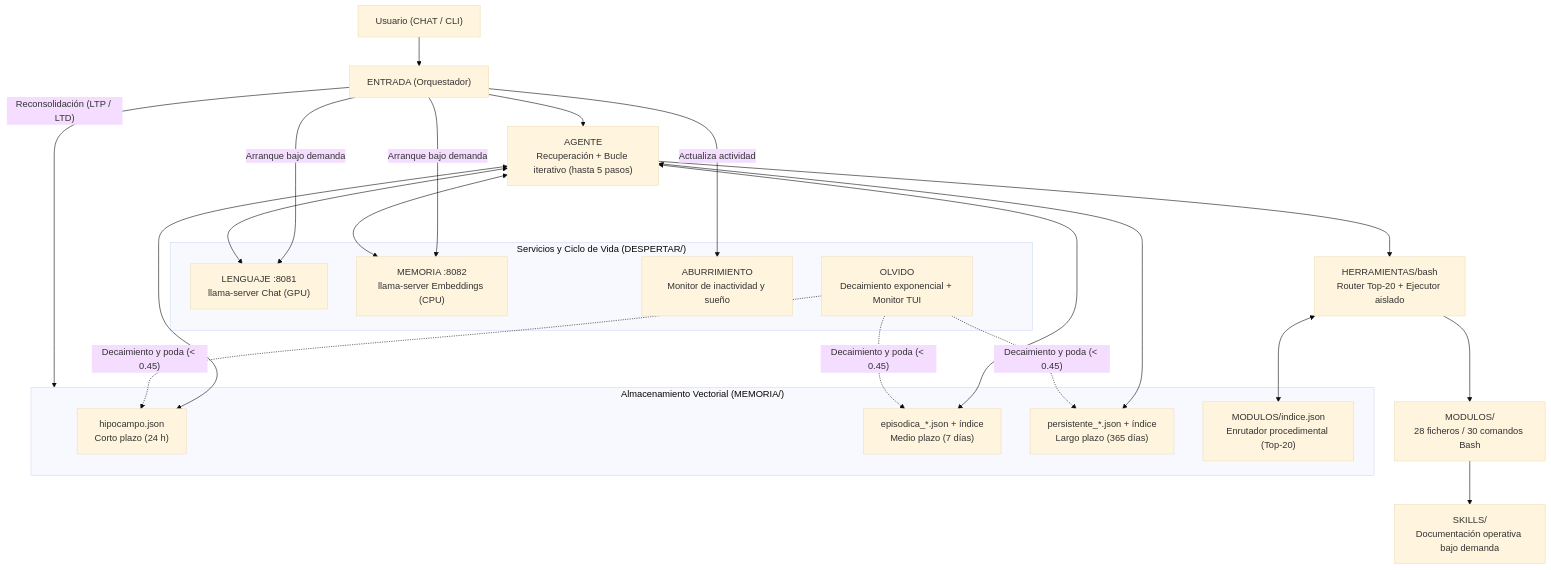
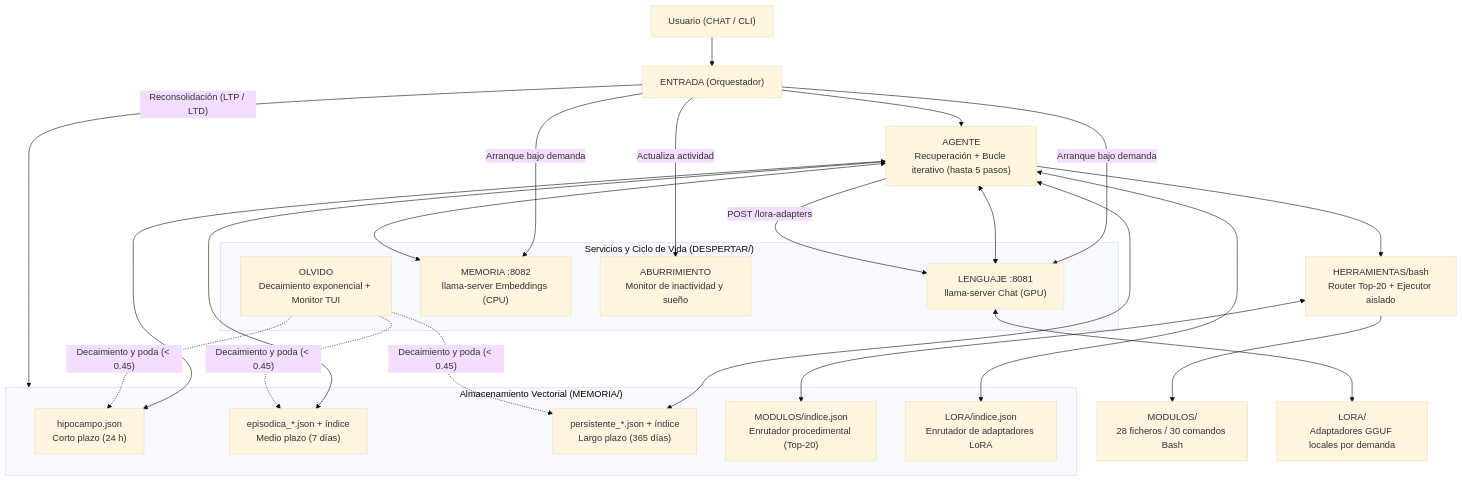
Before and after one commit to wexex/IAUTONOMA: the diagram in README.md, drawn with Mermaid (base theme). The commit also changed other lines of this file and 1 other file, not shown here.

````diff
--- a/README.md
+++ b/README.md
@@ -61,38 +61,41 @@
 ```mermaid
 flowchart TD
     U["Usuario (CHAT / CLI)"] --> E["ENTRADA (Orquestador)"]
 
     subgraph Ciclo["Servicios y Ciclo de Vida (DESPERTAR/)"]
         L["LENGUAJE :8081<br/>llama-server Chat (GPU)"]
         M["MEMORIA :8082<br/>llama-server Embeddings (CPU)"]
         AB["ABURRIMIENTO<br/>Monitor de inactividad y sueño"]
         OL["OLVIDO<br/>Decaimiento exponencial + Monitor TUI"]
     end
 
     E -->|"Arranque bajo demanda"| L
     E -->|"Arranque bajo demanda"| M
     E -->|"Actualiza actividad"| AB
     E --> A["AGENTE<br/>Recuperación + Bucle iterativo (hasta 5 pasos)"]
 
     subgraph MEM["Almacenamiento Vectorial (MEMORIA/)"]
         H["hipocampo.json<br/>Corto plazo (24 h)"]
         EP["episodica_*.json + índice<br/>Medio plazo (7 días)"]
         PE["persistente_*.json + índice<br/>Largo plazo (365 días)"]
         PM["MODULOS/indice.json<br/>Enrutador procedimental (Top-20)"]
+        PL["LORA/indice.json<br/>Enrutador de adaptadores LoRA"]
     end
 
     A <--> L
     A <--> M
     A <--> H
     A <--> EP
     A <--> PE
+    A <--> PL
+    A -->|"POST /lora-adapters"| L
     A --> B["HERRAMIENTAS/bash<br/>Router Top-20 + Ejecutor aislado"]
     B <--> PM
     B --> MOD["MODULOS/<br/>28 ficheros / 30 comandos Bash"]
-    MOD --> SK["SKILLS/<br/>Documentación operativa bajo demanda"]
+    L <--> LO["LORA/<br/>Adaptadores GGUF locales por demanda"]
 
     E -->|"Reconsolidación (LTP / LTD)"| MEM
     OL -.->|"Decaimiento y poda (< 0.45)"| H
     OL -.->|"Decaimiento y poda (< 0.45)"| EP
     OL -.->|"Decaimiento y poda (< 0.45)"| PE
 ```
````
